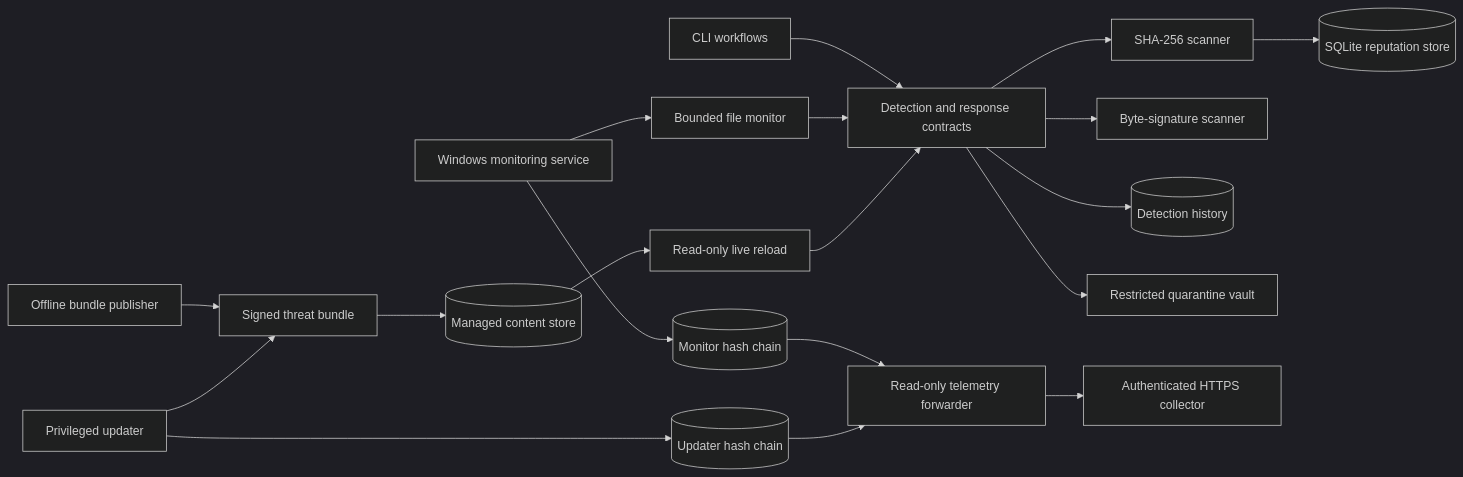
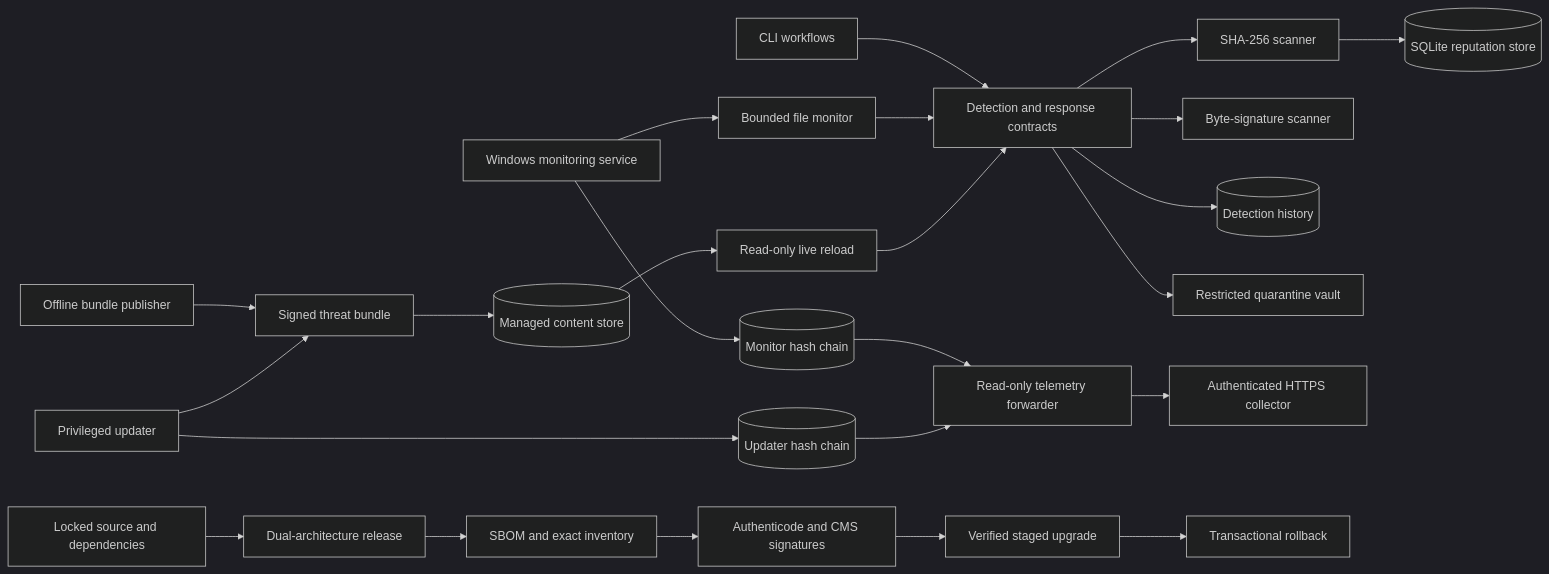
Before and after one commit to Utopias187/UtoAegis-Showcase: the diagram in README.md, drawn with Mermaid (dark theme). The commit also changed other lines of this file, not shown here.

Commit message:
docs: add milestone 13 release hardening

````diff
--- a/README.md
+++ b/README.md
@@ -29,23 +30,29 @@
 ```mermaid
 flowchart LR
     CLI[CLI workflows] --> Core[Detection and response contracts]
     Service[Windows monitoring service] --> Monitor[Bounded file monitor]
     Monitor --> Core
     Core --> Hash[SHA-256 scanner]
     Core --> Signature[Byte-signature scanner]
     Hash --> Reputation[(SQLite reputation store)]
     Core --> History[(Detection history)]
     Core --> Vault[Restricted quarantine vault]
 
     Publisher[Offline bundle publisher] --> Signed[Signed threat bundle]
     Updater[Privileged updater] --> Signed
     Signed --> Content[(Managed content store)]
     Content --> Reload[Read-only live reload]
     Reload --> Core
 
     Service --> MonitorSpool[(Monitor hash chain)]
     Updater --> UpdaterSpool[(Updater hash chain)]
     MonitorSpool --> Forwarder[Read-only telemetry forwarder]
     UpdaterSpool --> Forwarder
     Forwarder --> Collector[Authenticated HTTPS collector]
+
+    Source[Locked source and dependencies] --> Release[Dual-architecture release]
+    Release --> Evidence[SBOM and exact inventory]
+    Evidence --> Signing[Authenticode and CMS signatures]
+    Signing --> Deploy[Verified staged upgrade]
+    Deploy --> Rollback[Transactional rollback]
 ```
````
